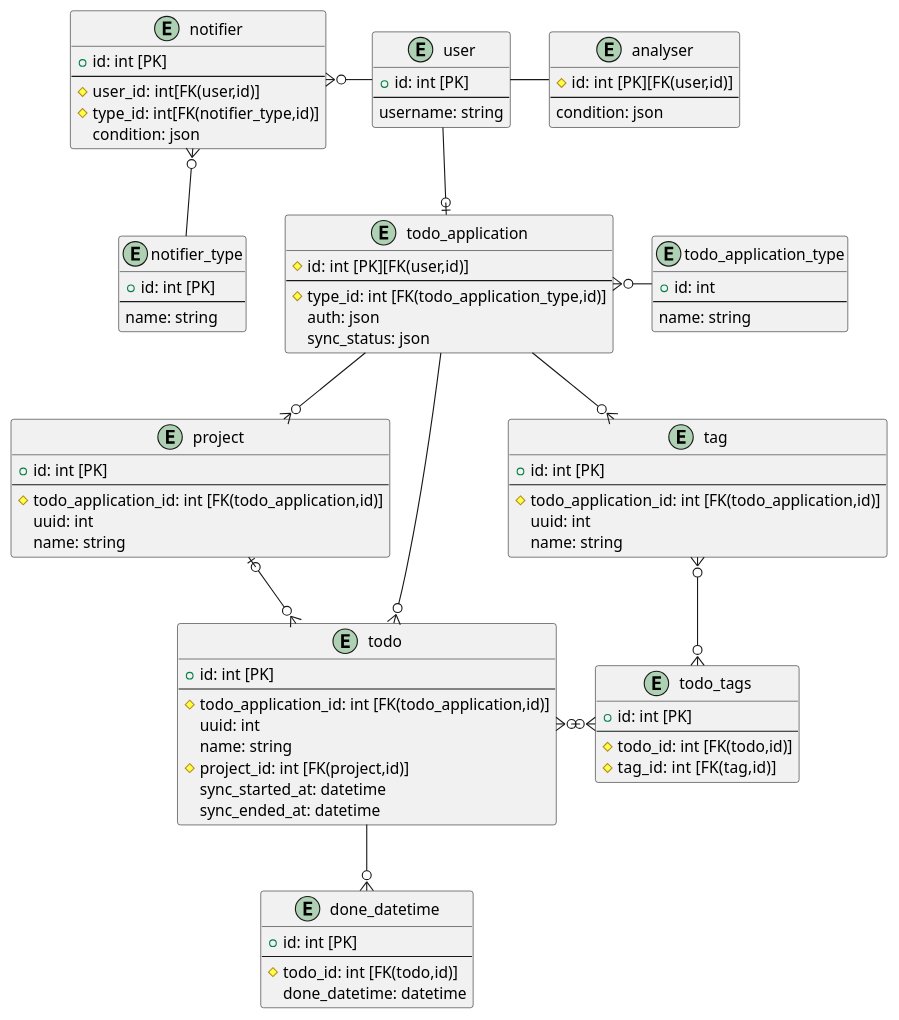
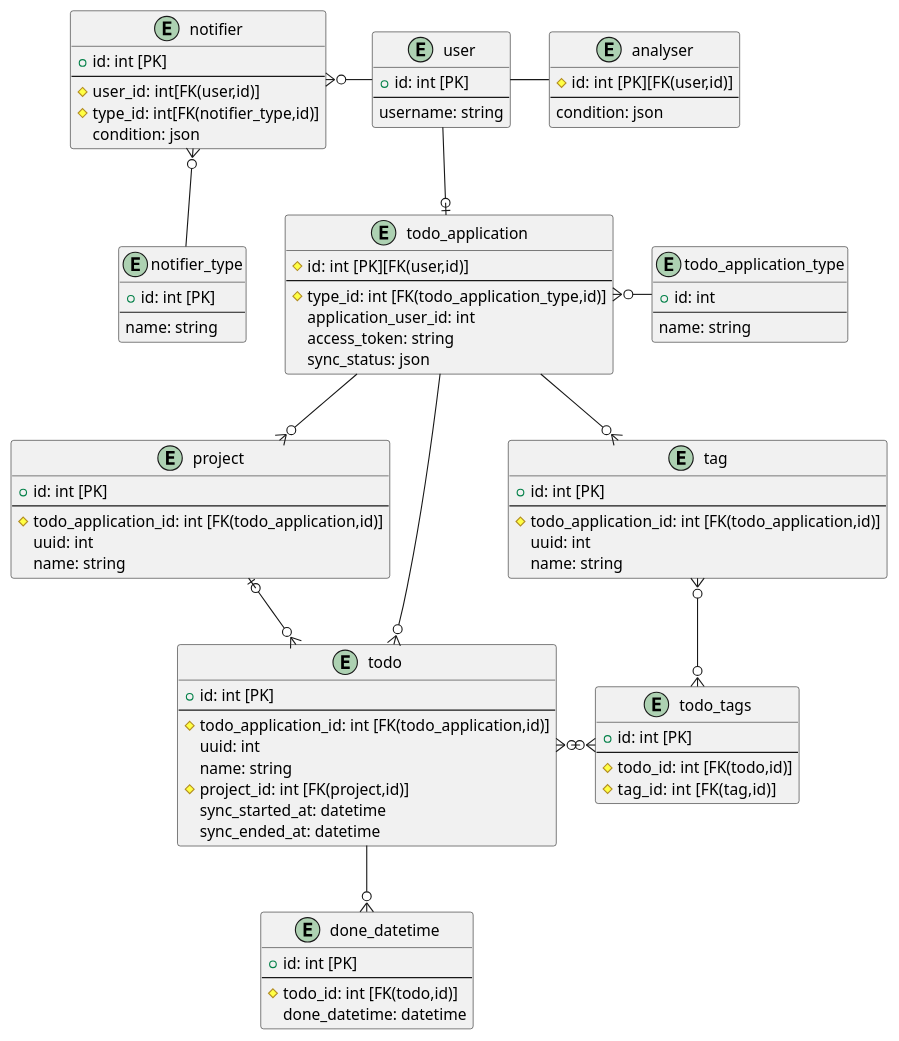
Before and after one commit to to-maru/tododog: the diagram in design/database.puml, drawn with PlantUML. The commit also changed 1 other file, not shown here.

```diff
--- a/design/database.puml
+++ b/design/database.puml
@@ -1,101 +1,102 @@
 @startuml
 'https://plantuml.com/class-diagram
 
 hide empty members
 
 entity user {
 +id: int [PK]
 --
 username: string
 }
 
 entity todo_application {
 # id: int [PK][FK(user,id)]
 --
 # type_id: int [FK(todo_application_type,id)]
-auth: json /'authのDataの持ち方に合わせる'/
+application_user_id: int
+access_token: string
 sync_status: json
 }
 
 entity todo_application_type {
 + id: int
 --
 name: string
 }
 
 entity todo {
 +id: int [PK]
 --
 #todo_application_id: int [FK(todo_application,id)]
 uuid: int
 name: string
 #project_id: int [FK(project,id)]
 sync_started_at: datetime
 sync_ended_at: datetime
 }
 
 entity todo_tags {
 +id: int [PK]
 --
 #todo_id: int [FK(todo,id)]
 #tag_id: int  [FK(tag,id)]
 }
 
 entity done_datetime {
 +id: int [PK]
 --
 #todo_id: int [FK(todo,id)]
 done_datetime: datetime
 }
 
 entity project {
 +id: int [PK]
 --
 #todo_application_id: int [FK(todo_application,id)]
 uuid: int
 name: string
 }
 
 entity tag {
 +id: int [PK]
 --
 #todo_application_id: int [FK(todo_application,id)]
 uuid: int
 name: string
 }
 
 entity analyser {
 # id: int [PK][FK(user,id)]
 --
 condition: json
 }
 
 entity notifier {
 + id: int [PK]
 --
 # user_id: int[FK(user,id)]
 # type_id: int[FK(notifier_type,id)]
 condition: json
 }
 
 entity notifier_type {
 + id: int [PK]
 --
 name: string
 }
 
 user --o| todo_application
 user - analyser
 user -left-o{ notifier
 notifier }o-- notifier_type
 
 todo_application }o- todo_application_type
 todo_application ---o{ todo
 todo_application -o{ project
 todo_application --o{ tag
 project |o--o{ todo
 tag }o--o{ todo_tags
 todo }o-o{ todo_tags
 todo --o{ done_datetime
 
 @enduml
```
